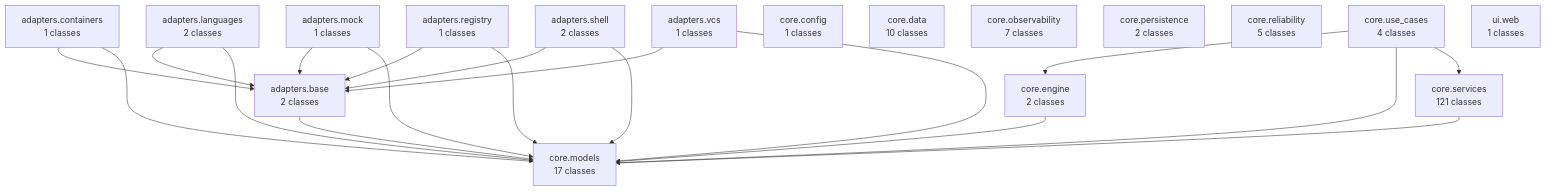
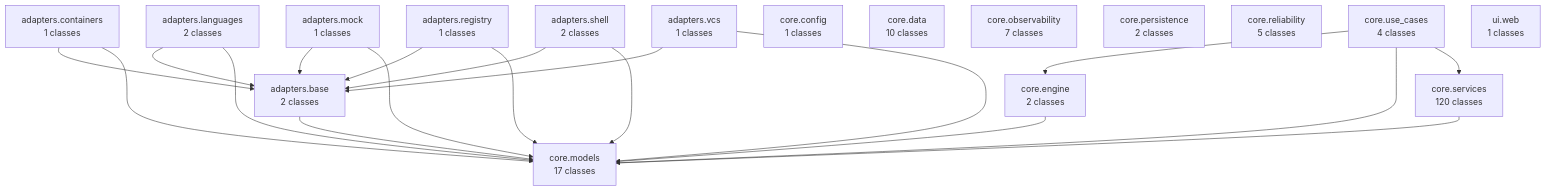
The first of 35 diagrams in docs/diagrams/class_architecture.md (cyberpunk042/devops-control-plane), drawn with Mermaid before and after one commit. The commit also changed other lines of this file and 3 other files, not shown here.

````diff
--- a/docs/diagrams/class_architecture.md
+++ b/docs/diagrams/class_architecture.md
@@ -30,40 +30,40 @@
 ```mermaid
 graph TD
 
     adapters_base[adapters.base<br/>2 classes]
     adapters_containers[adapters.containers<br/>1 classes]
     adapters_languages[adapters.languages<br/>2 classes]
     adapters_mock[adapters.mock<br/>1 classes]
     adapters_registry[adapters.registry<br/>1 classes]
     adapters_shell[adapters.shell<br/>2 classes]
     adapters_vcs[adapters.vcs<br/>1 classes]
     core_config[core.config<br/>1 classes]
     core_data[core.data<br/>10 classes]
     core_engine[core.engine<br/>2 classes]
     core_models[core.models<br/>17 classes]
     core_observability[core.observability<br/>7 classes]
     core_persistence[core.persistence<br/>2 classes]
     core_reliability[core.reliability<br/>5 classes]
-    core_services[core.services<br/>121 classes]
+    core_services[core.services<br/>120 classes]
     core_use_cases[core.use_cases<br/>4 classes]
     ui_web[ui.web<br/>1 classes]
 
     adapters_base --> core_models
     adapters_containers --> adapters_base
     adapters_containers --> core_models
     adapters_languages --> adapters_base
     adapters_languages --> core_models
     adapters_mock --> adapters_base
     adapters_mock --> core_models
     adapters_registry --> adapters_base
     adapters_registry --> core_models
     adapters_shell --> adapters_base
     adapters_shell --> core_models
     adapters_vcs --> adapters_base
     adapters_vcs --> core_models
     core_engine --> core_models
     core_services --> core_models
     core_use_cases --> core_engine
     core_use_cases --> core_models
     core_use_cases --> core_services
 ```
````
